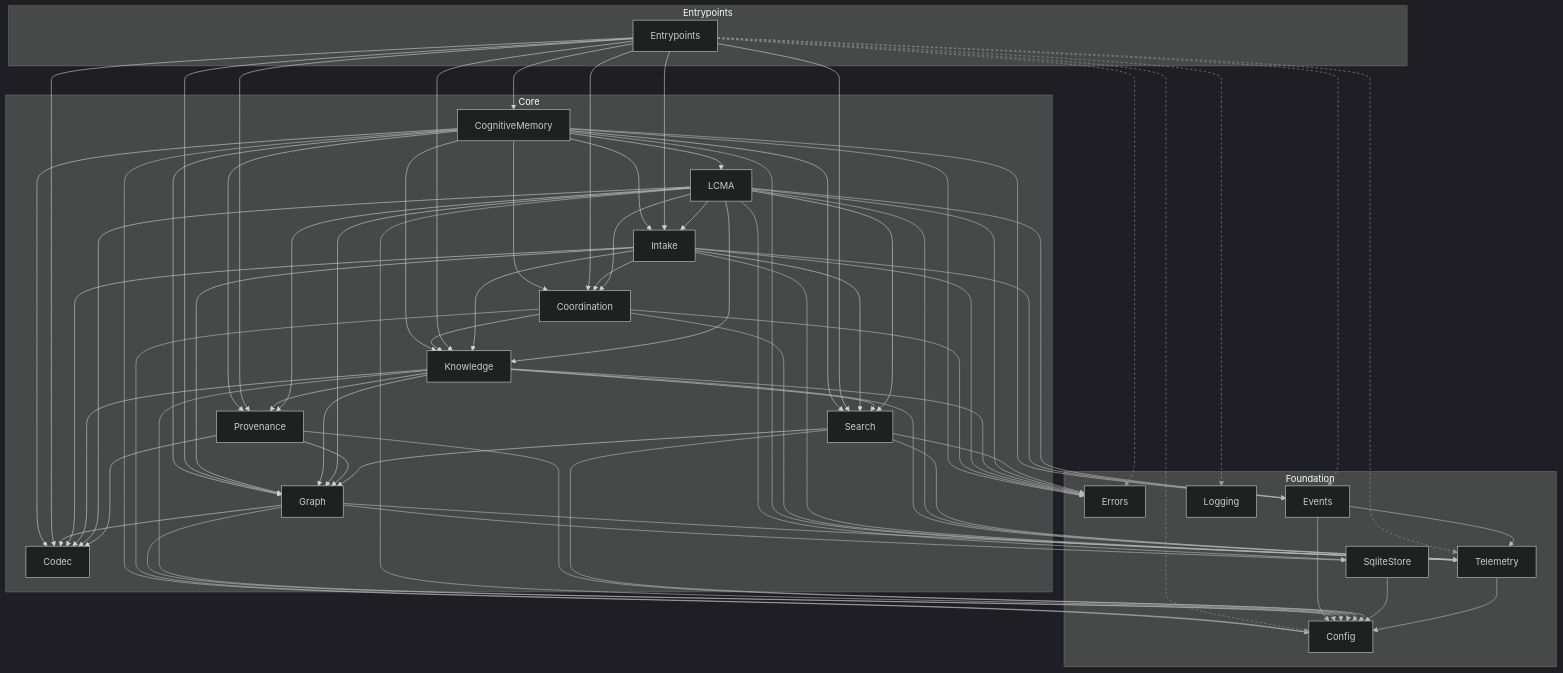
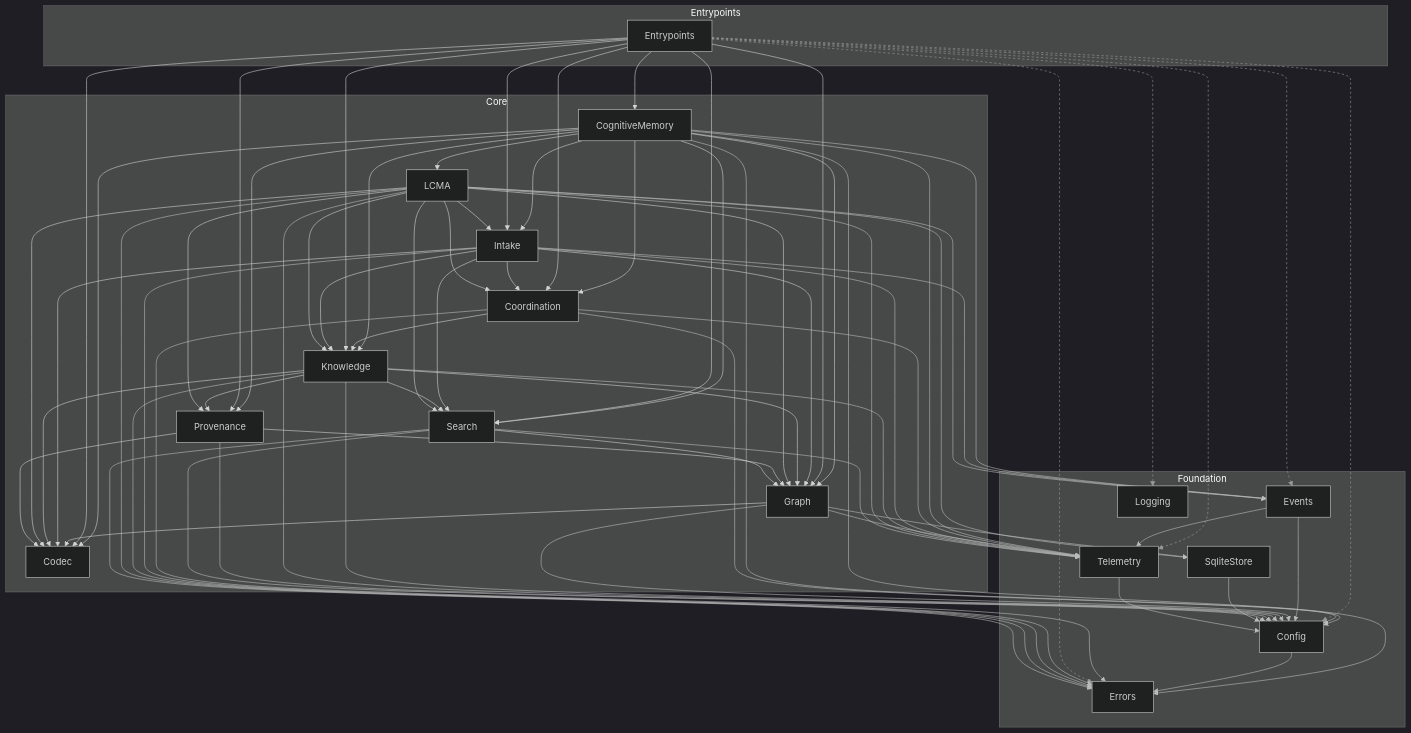
Before and after one commit to agent-lore/lithos: the diagram in docs/generated/architecture.md, drawn with Mermaid (dark theme). The commit also changed 21 other files, not shown here.

````diff
--- a/docs/generated/architecture.md
+++ b/docs/generated/architecture.md
@@ -55,6 +55,7 @@
   CognitiveMemory --> Provenance
   CognitiveMemory --> Search
   CognitiveMemory --> Telemetry
+  Config --> Errors
   Coordination --> Config
   Coordination --> Errors
   Coordination --> Knowledge
@@ -120,32 +121,33 @@
   linkStyle 11 stroke:#bbb
   linkStyle 12 stroke:#bbb
   linkStyle 13 stroke:#bbb
-  linkStyle 15 stroke:#bbb
-  linkStyle 18 stroke:#999,stroke-dasharray:4
-  linkStyle 20 stroke:#999,stroke-dasharray:4
+  linkStyle 14 stroke:#bbb
+  linkStyle 16 stroke:#bbb
+  linkStyle 19 stroke:#999,stroke-dasharray:4
   linkStyle 21 stroke:#999,stroke-dasharray:4
-  linkStyle 25 stroke:#999,stroke-dasharray:4
-  linkStyle 28 stroke:#999,stroke-dasharray:4
-  linkStyle 29 stroke:#bbb
+  linkStyle 22 stroke:#999,stroke-dasharray:4
+  linkStyle 26 stroke:#999,stroke-dasharray:4
+  linkStyle 29 stroke:#999,stroke-dasharray:4
   linkStyle 30 stroke:#bbb
-  linkStyle 32 stroke:#bbb
+  linkStyle 31 stroke:#bbb
   linkStyle 33 stroke:#bbb
   linkStyle 34 stroke:#bbb
-  linkStyle 37 stroke:#bbb
+  linkStyle 35 stroke:#bbb
   linkStyle 38 stroke:#bbb
-  linkStyle 42 stroke:#bbb
-  linkStyle 44 stroke:#bbb
+  linkStyle 39 stroke:#bbb
+  linkStyle 43 stroke:#bbb
   linkStyle 45 stroke:#bbb
-  linkStyle 49 stroke:#bbb
-  linkStyle 51 stroke:#bbb
-  linkStyle 53 stroke:#bbb
+  linkStyle 46 stroke:#bbb
+  linkStyle 50 stroke:#bbb
+  linkStyle 52 stroke:#bbb
   linkStyle 54 stroke:#bbb
-  linkStyle 60 stroke:#bbb
+  linkStyle 55 stroke:#bbb
   linkStyle 61 stroke:#bbb
-  linkStyle 63 stroke:#bbb
-  linkStyle 65 stroke:#bbb
+  linkStyle 62 stroke:#bbb
+  linkStyle 64 stroke:#bbb
   linkStyle 66 stroke:#bbb
-  linkStyle 68 stroke:#bbb
+  linkStyle 67 stroke:#bbb
   linkStyle 69 stroke:#bbb
   linkStyle 70 stroke:#bbb
+  linkStyle 71 stroke:#bbb
 ```
````
